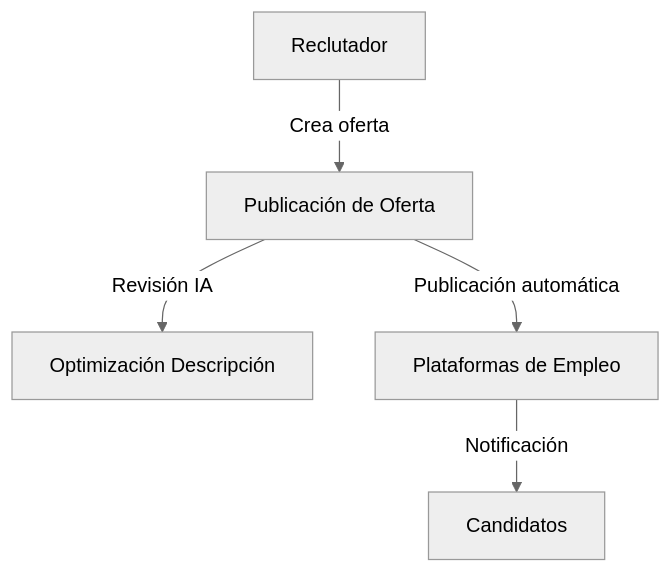
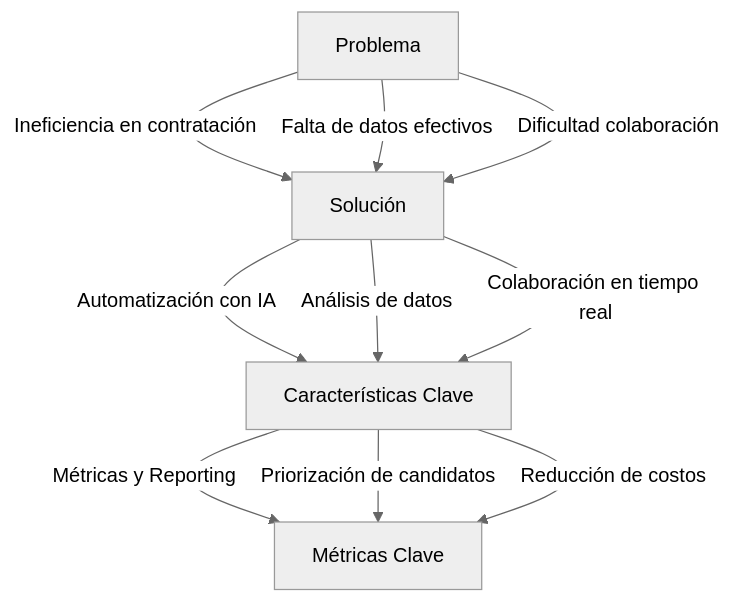
Before and after one commit to LIDR-academy/AI4Devs-design-1-Fever: the first of 7 diagrams in LTI-PJG/LTI-PJG.md, drawn with Mermaid (neutral theme). The commit also changed other lines of this file and 1 other file, not shown here.

````diff
--- a/LTI-PJG/LTI-PJG.md
+++ b/LTI-PJG/LTI-PJG.md
@@ -46,7 +23,12 @@
 ```mermaid
 graph TD;
-    A[Reclutador] -->|Crea oferta| B[Publicación de Oferta]
-    B -->|Revisión IA| C[Optimización Descripción]
-    B -->|Publicación automática| D[Plataformas de Empleo]
-    D -->|Notificación| E[Candidatos]
+    A[Problema] -->|Ineficiencia en contratación| B[Solución]
+    A -->|Falta de datos efectivos| B
+    A -->|Dificultad colaboración| B
+    B[Solución] -->|Automatización con IA| C[Características Clave]
+    B -->|Análisis de datos| C
+    B -->|Colaboración en tiempo real| C
+    C -->|Métricas y Reporting| D[Métricas Clave]
+    C -->|Priorización de candidatos| D
+    C -->|Reducción de costos| D
 ```
````
